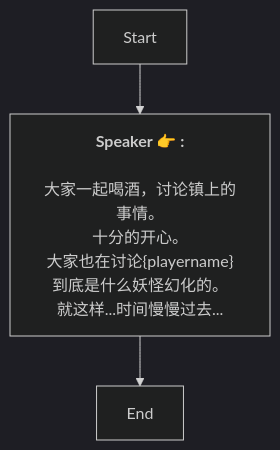
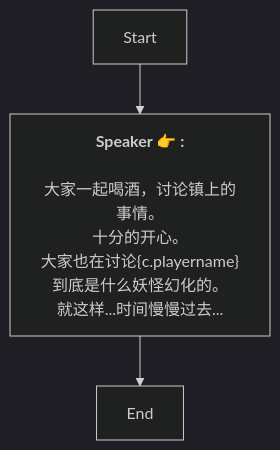
The diagram in Zh/TeaMeeting.md (SoftHu/tos_avg), drawn with Mermaid (dark theme) before and after one commit. The commit also changed 410 other files, not shown here.

````diff
--- a/Zh/TeaMeeting.md
+++ b/Zh/TeaMeeting.md
@@ -1,8 +1,8 @@
 ```mermaid
 graph
 Start -->1744563134647583[<b>Speaker 👉 :</b>
 \n大家一起喝酒，讨论镇上的事情。
-十分的开心。\n大家也在讨论&lbrace;playername&rbrace;到底是什么妖怪幻化的。\n就这样...时间慢慢过去...]
+十分的开心。\n大家也在讨论&lbrace;c.playername&rbrace;到底是什么妖怪幻化的。\n就这样...时间慢慢过去...]
 1744563134647583 -->1744563216549152[End]
 
 ```
````
